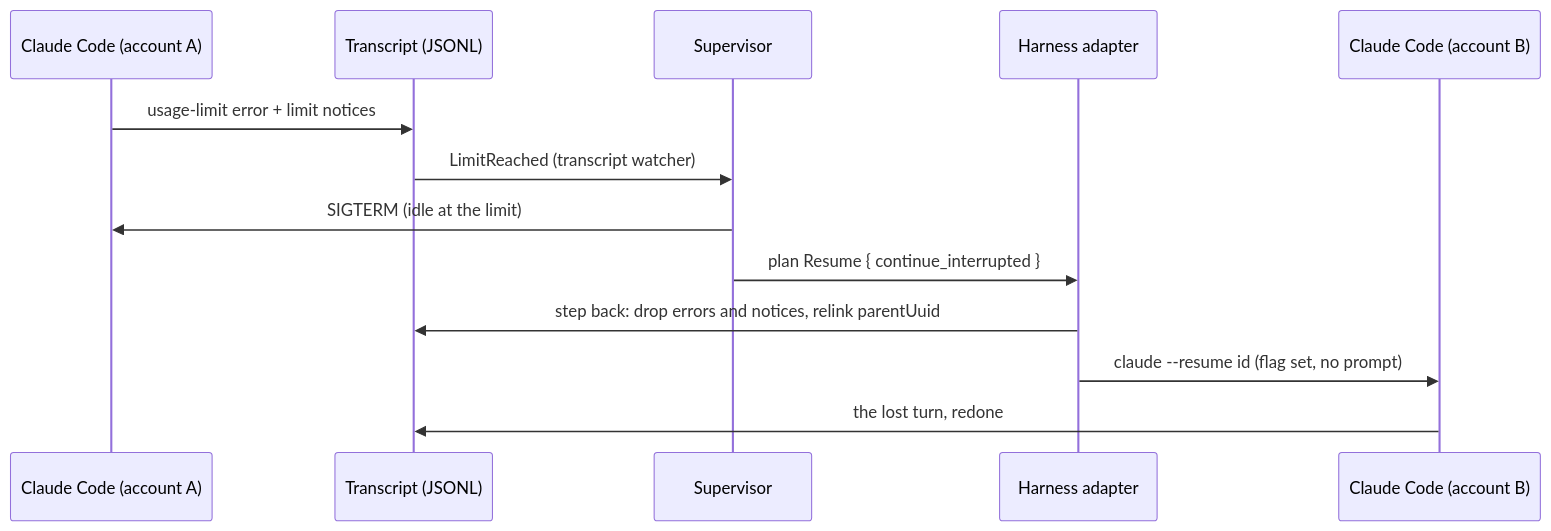
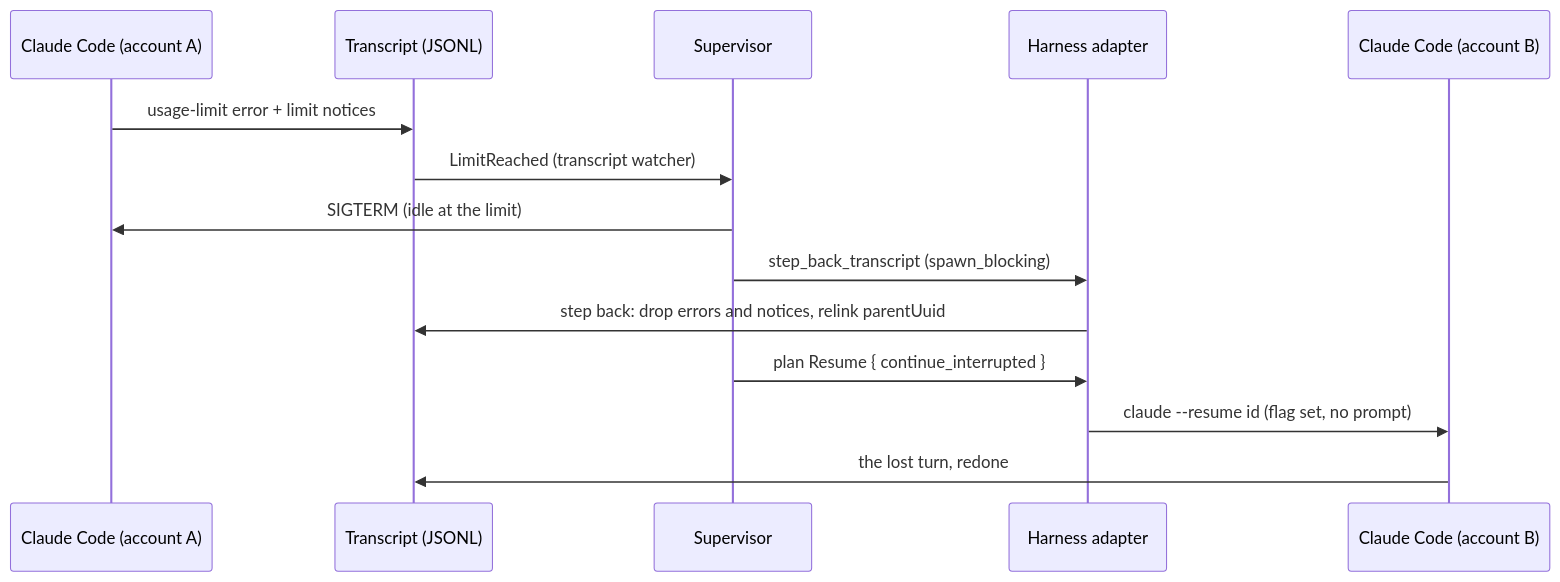
Before and after one commit to Quartio-Studio/yulius: the fourth of 13 diagrams in docs/architecture.md, drawn with Mermaid. The commit also changed other lines of this file and 5 other files, not shown here.

Commit message:
docs: SPEC-002 ADR-17, SPEC-034, ADR-0051, architecture and changes for #276 #277 #278

````diff
--- a/docs/architecture.md
+++ b/docs/architecture.md
@@ -102,15 +107,16 @@
 ```mermaid
 sequenceDiagram
     participant C as Claude Code (account A)
     participant T as Transcript (JSONL)
     participant S as Supervisor
     participant H as Harness adapter
     participant N as Claude Code (account B)
     C->>T: usage-limit error + limit notices
     T->>S: LimitReached (transcript watcher)
     S->>C: SIGTERM (idle at the limit)
+    S->>H: step_back_transcript (spawn_blocking)
+    H->>T: step back: drop errors and notices, relink parentUuid
     S->>H: plan Resume { continue_interrupted }
-    H->>T: step back: drop errors and notices, relink parentUuid
     H->>N: claude --resume id (flag set, no prompt)
     N->>T: the lost turn, redone
 ```
````
